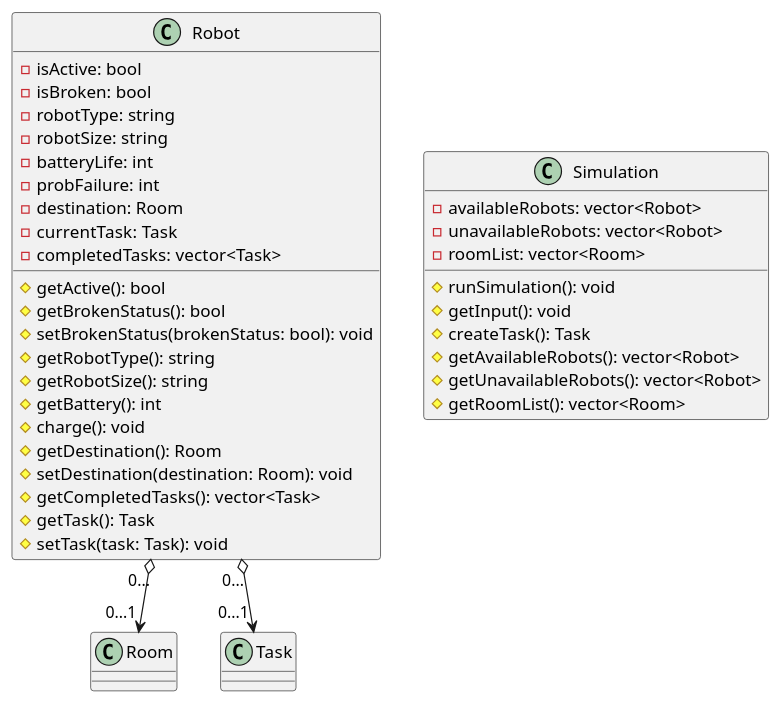
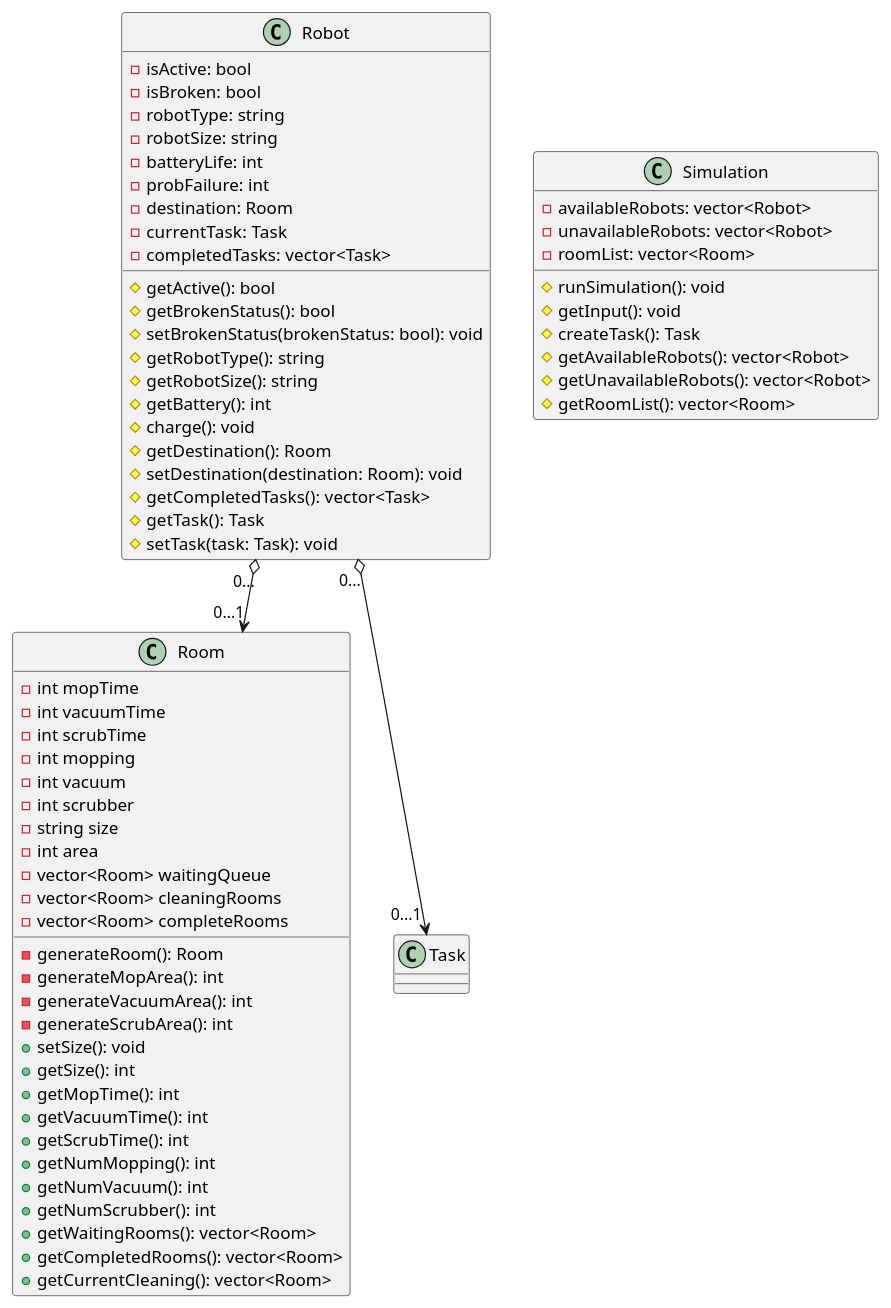
Before and after one commit to ur-cs-courses/course-project-clean-squad: the diagram in docs/design/classDiagrams/firstClassDiagram.puml, drawn with PlantUML. The commit also changed 2 other files, not shown here.

Commit message:
update Room diagram

```diff
--- a/docs/design/classDiagrams/firstClassDiagram.puml
+++ b/docs/design/classDiagrams/firstClassDiagram.puml
@@ -1,50 +1,79 @@
 @startuml RobotClassDiagram
 
 class Robot {
     - isActive: bool
     - isBroken: bool
     - robotType: string
     - robotSize: string
     - batteryLife: int
     - probFailure: int
     - destination: Room
     - currentTask: Task
     - completedTasks: vector<Task>
     # getActive(): bool
     # getBrokenStatus(): bool
     # setBrokenStatus(brokenStatus: bool): void
     # getRobotType(): string
     # getRobotSize(): string
     # getBattery(): int
     # charge(): void
     # getDestination(): Room
     # setDestination(destination: Room): void
     # getCompletedTasks(): vector<Task>
     # getTask(): Task
     # setTask(task: Task): void
 }
 
 class Room {
+    - int mopTime
+    - int vacuumTime
+    - int scrubTime
+    - int mopping
+    - int vacuum
+    - int scrubber
+    - string size
+    - int area
+    - vector<Room> waitingQueue
+    - vector<Room> cleaningRooms
+    - vector<Room> completeRooms
+
+
+    - generateRoom(): Room
+    - generateMopArea(): int
+    - generateVacuumArea(): int
+    - generateScrubArea(): int
+    + setSize(): void
+    + getSize(): int
+    + getMopTime(): int
+    + getVacuumTime(): int
+    + getScrubTime(): int
+    + getNumMopping(): int
+    + getNumVacuum(): int
+    + getNumScrubber(): int
+    + getWaitingRooms(): vector<Room>
+    + getCompletedRooms(): vector<Room>
+    + getCurrentCleaning(): vector<Room>
+    
 
 }
 
 class Task {
 
 }
 
 class Simulation {
     - availableRobots: vector<Robot>
     - unavailableRobots: vector<Robot>
     - roomList: vector<Room>
     # runSimulation(): void
     # getInput(): void
     # createTask(): Task
     # getAvailableRobots(): vector<Robot>
     # getUnavailableRobots(): vector<Robot>
     # getRoomList(): vector<Room>
 }
 
 Robot "0..." o--> "0...1" Room
 Robot "0..." o--> "0...1" Task
 
 @enduml
```
